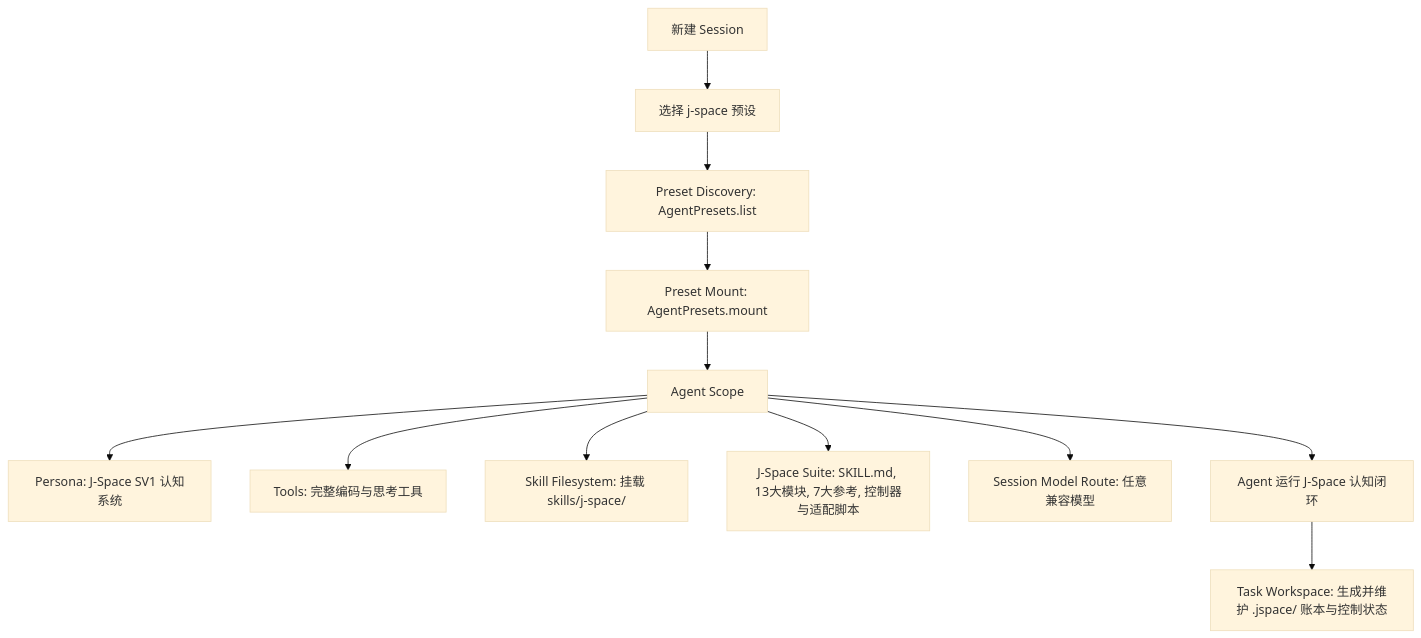
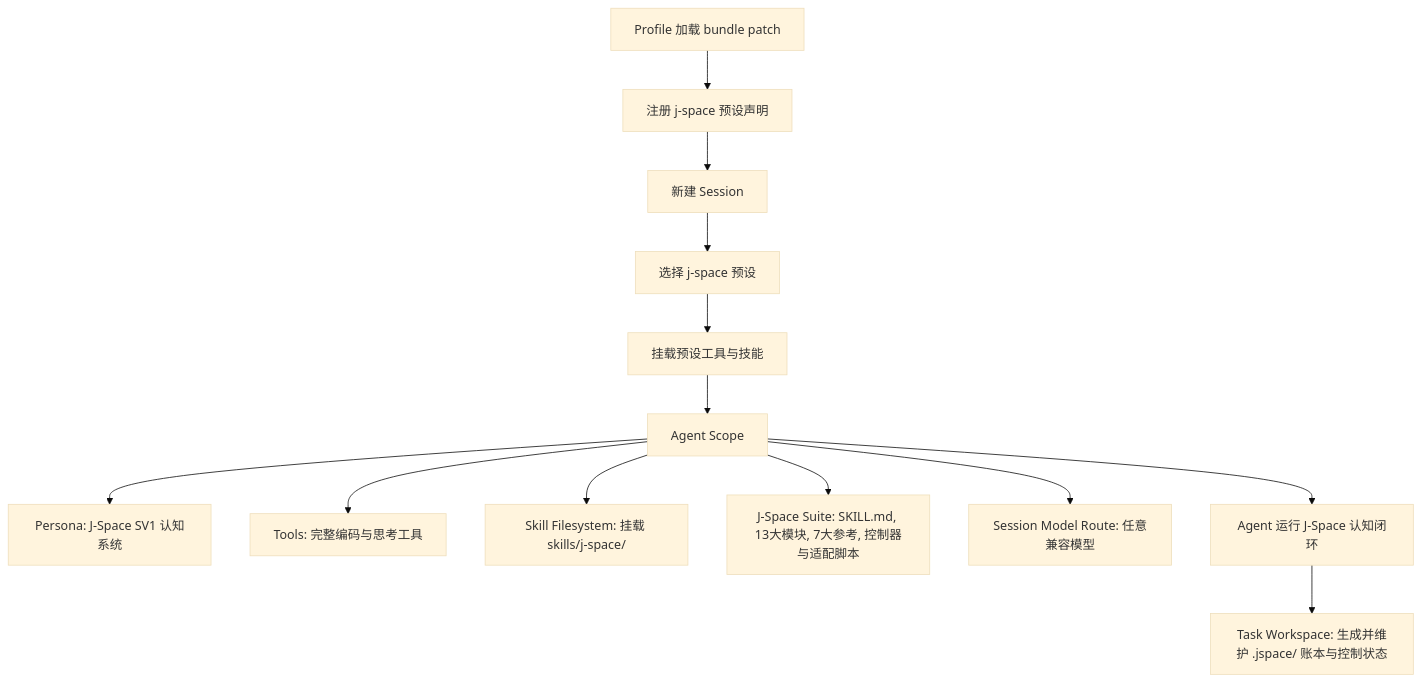
Before and after one commit to AnonyJcy/dsh-j-space: the diagram in README.md, drawn with Mermaid (base theme). The commit also changed other lines of this file and 1 other file, not shown here.

````diff
--- a/README.md
+++ b/README.md
@@ -170,14 +171,15 @@
 ```mermaid
 flowchart TD
-    A[新建 Session] --> B[选择 j-space 预设]
-    B --> C[Preset Discovery: AgentPresets.list]
-    C --> D[Preset Mount: AgentPresets.mount]
+    P[Profile 加载 bundle patch] --> R[注册 j-space 预设声明]
+    R --> A[新建 Session]
+    A --> B[选择 j-space 预设]
+    B --> D[挂载预设工具与技能]
     D --> E[Agent Scope]
     E --> F1[Persona: J-Space SV1 认知系统]
     E --> F2[Tools: 完整编码与思考工具]
     E --> F3[Skill Filesystem: 挂载 skills/j-space/]
     E --> F4[J-Space Suite: SKILL.md, 13大模块, 7大参考, 控制器与适配脚本]
     E --> G[Session Model Route: 任意兼容模型]
     E --> H[Agent 运行 J-Space 认知闭环]
     H --> I[Task Workspace: 生成并维护 .jspace/ 账本与控制状态]
 ```
````
